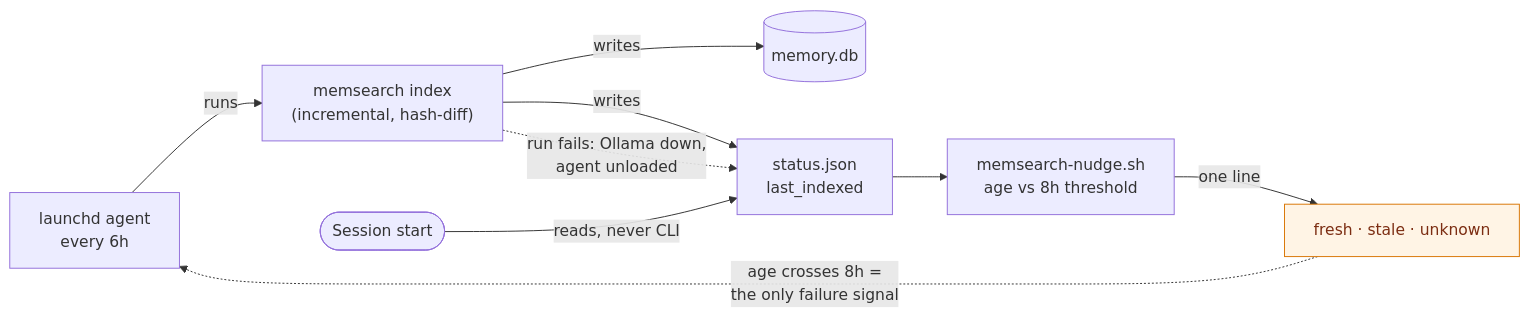
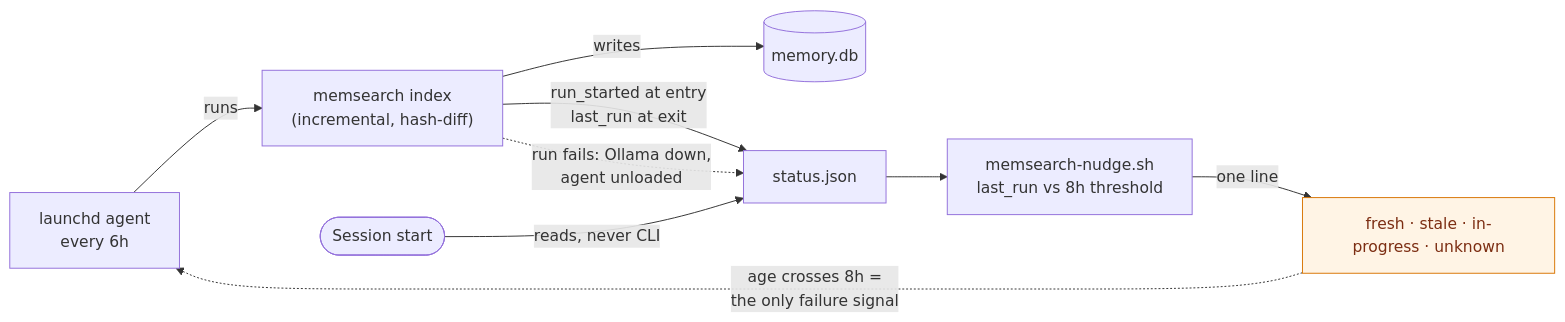
One commit to suyatdev/.claude changed the diagram in docs/features/memsearch-freshness.md. Above: the diagram before and after it, drawn with Mermaid. The commit also changed other lines of this file and 5 other files, not shown here.

````diff
--- a/docs/features/memsearch-freshness.md
+++ b/docs/features/memsearch-freshness.md
@@ -96,13 +190,13 @@
 ```mermaid
 flowchart LR
   LD["launchd agent<br/>every 6h"] -->|runs| IDX["memsearch index<br/>(incremental, hash-diff)"]
   IDX -->|writes| DB[("memory.db")]
-  IDX -->|writes| SJ["status.json<br/>last_indexed"]
+  IDX -->|"run_started at entry<br/>last_run at exit"| SJ["status.json"]
   SS(["Session start"]) -->|reads, never CLI| SJ
-  SJ --> NG["memsearch-nudge.sh<br/>age vs 8h threshold"]
-  NG -->|one line| OUT["fresh · stale · unknown"]
+  SJ --> NG["memsearch-nudge.sh<br/>last_run vs 8h threshold"]
+  NG -->|one line| OUT["fresh · stale · in-progress · unknown"]
   IDX -.->|run fails: Ollama down,<br/>agent unloaded| SJ
   OUT -.->|"age crosses 8h =<br/>the only failure signal"| LD
   classDef warn fill:#fff4e5,stroke:#d97706,color:#7c2d12;
   class OUT warn;
 ```
````
